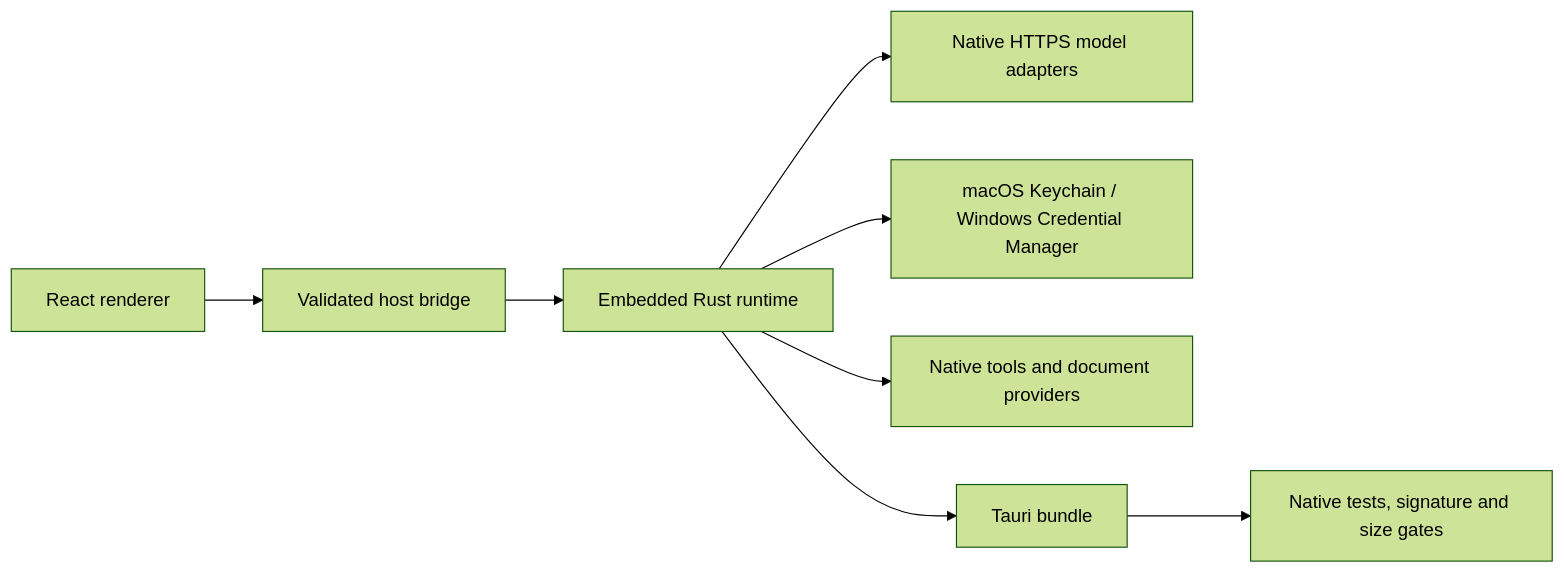
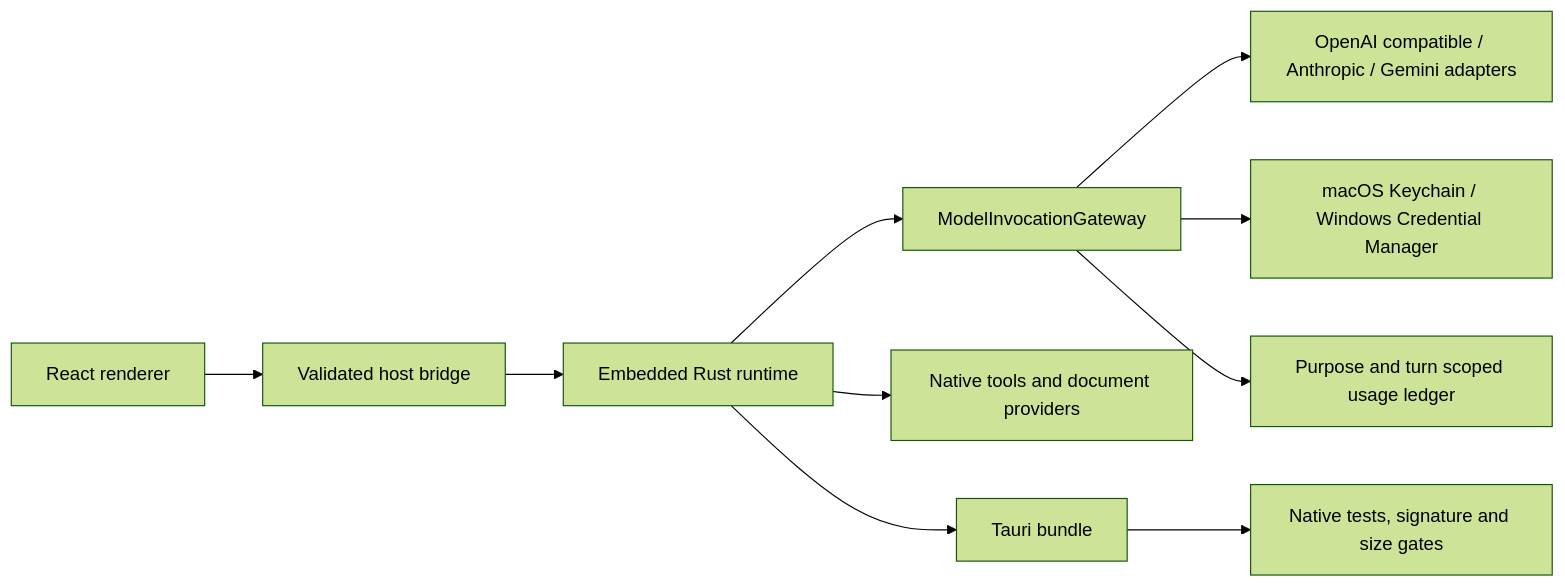
Before and after one commit to NSIETeam/ClawMaster: the third of 4 diagrams in docs/code-map.md, drawn with Mermaid (forest theme). The commit also changed other lines of this file and 13 other files, not shown here.

Commit message:
feat(desktop): add native model invocation gateway

````diff
--- a/docs/code-map.md
+++ b/docs/code-map.md
@@ -51,10 +51,12 @@
 ```mermaid
 flowchart LR
   Renderer[React renderer] --> Bridge[Validated host bridge]
   Bridge --> Rust[Embedded Rust runtime]
-  Rust --> Model[Native HTTPS model adapters]
-  Rust --> Vault[macOS Keychain / Windows Credential Manager]
+  Rust --> Gateway[ModelInvocationGateway]
+  Gateway --> Model[OpenAI compatible / Anthropic / Gemini adapters]
+  Gateway --> Vault[macOS Keychain / Windows Credential Manager]
+  Gateway --> Ledger[Purpose and turn scoped usage ledger]
   Rust --> Tools[Native tools and document providers]
   Rust --> Bundle[Tauri bundle]
   Bundle --> Verify[Native tests, signature and size gates]
 ```
````
